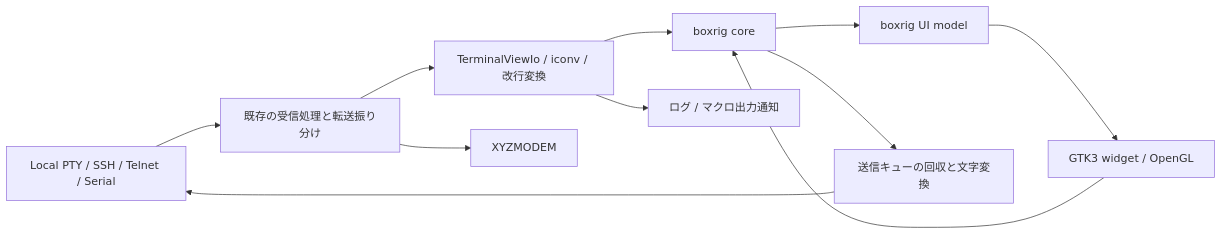
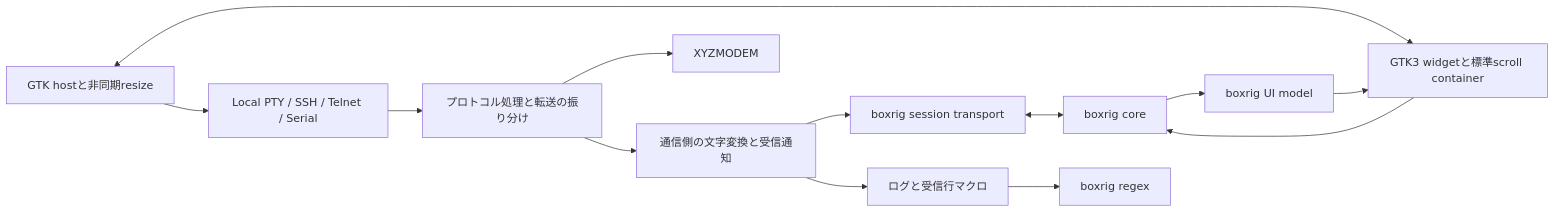
The diagram in docs/ja/plans/plan2-boxrig-migration.md (Vitexus/elder-terms), drawn with Mermaid before and after one commit. The commit also changed other lines of this file and 1 other file, not shown here.

Commit message:
doc: redesign boxrig migration around native APIs

````diff
--- a/docs/ja/plans/plan2-boxrig-migration.md
+++ b/docs/ja/plans/plan2-boxrig-migration.md
@@ -70,13 +45,15 @@
 ```mermaid
 flowchart LR
-    P[Local PTY / SSH / Telnet / Serial] --> R[既存の受信処理と転送振り分け]
-    R --> C[TerminalViewIo / iconv / 改行変換]
-    C --> T[boxrig core]
+    P[Local PTY / SSH / Telnet / Serial] --> D[プロトコル処理と転送の振り分け]
+    D --> X[XYZMODEM]
+    D --> C[通信側の文字変換と受信通知]
+    C --> S[boxrig session transport]
+    S <--> T[boxrig core]
     T --> M[boxrig UI model]
-    M --> W[GTK3 widget / OpenGL]
+    M --> W[GTK3 widgetと標準scroll container]
     W --> T
-    T --> O[送信キューの回収と文字変換]
-    O --> P
-    C --> L[ログ / マクロ出力通知]
-    R --> X[XYZMODEM]
+    C --> L[ログと受信行マクロ]
+    L --> R[boxrig regex]
+    H[GTK hostと非同期resize] <--> W
+    H --> P
 ```
````
